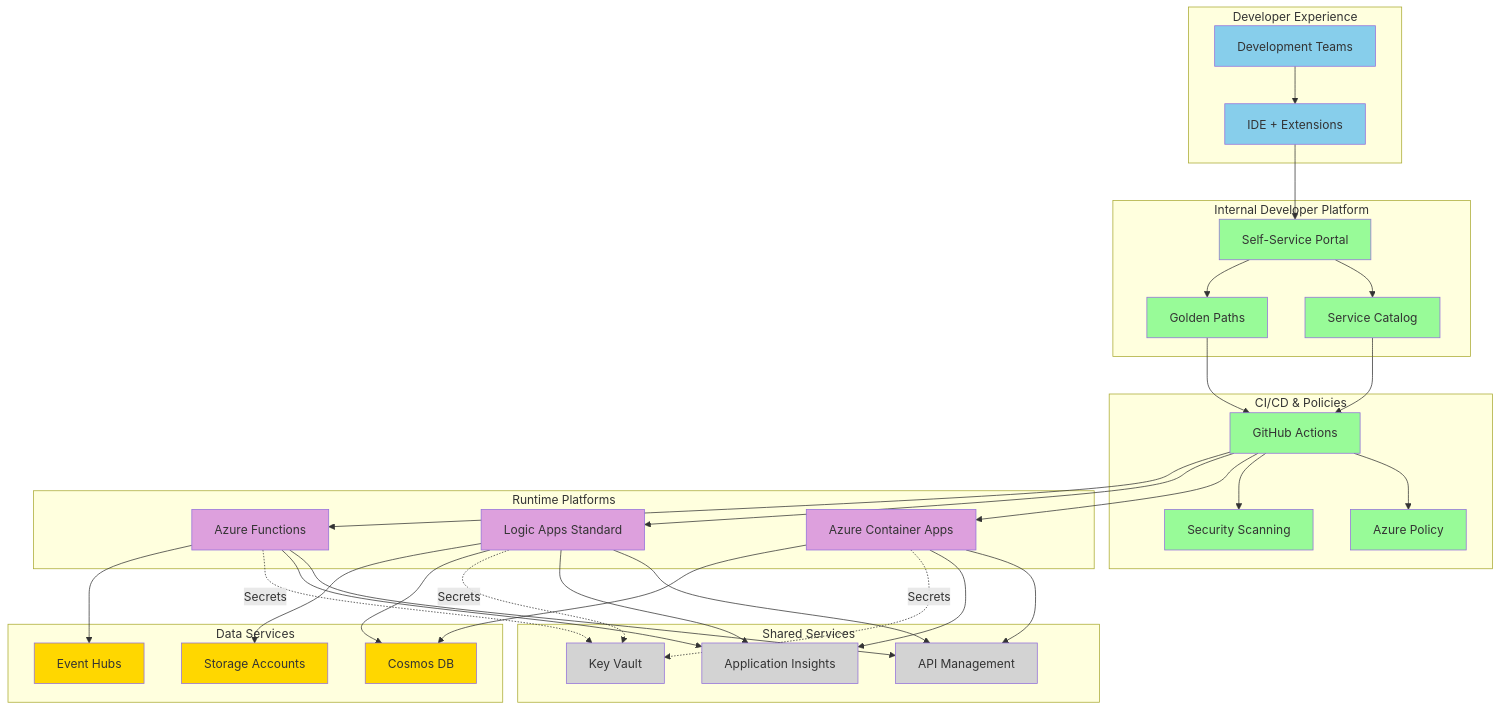
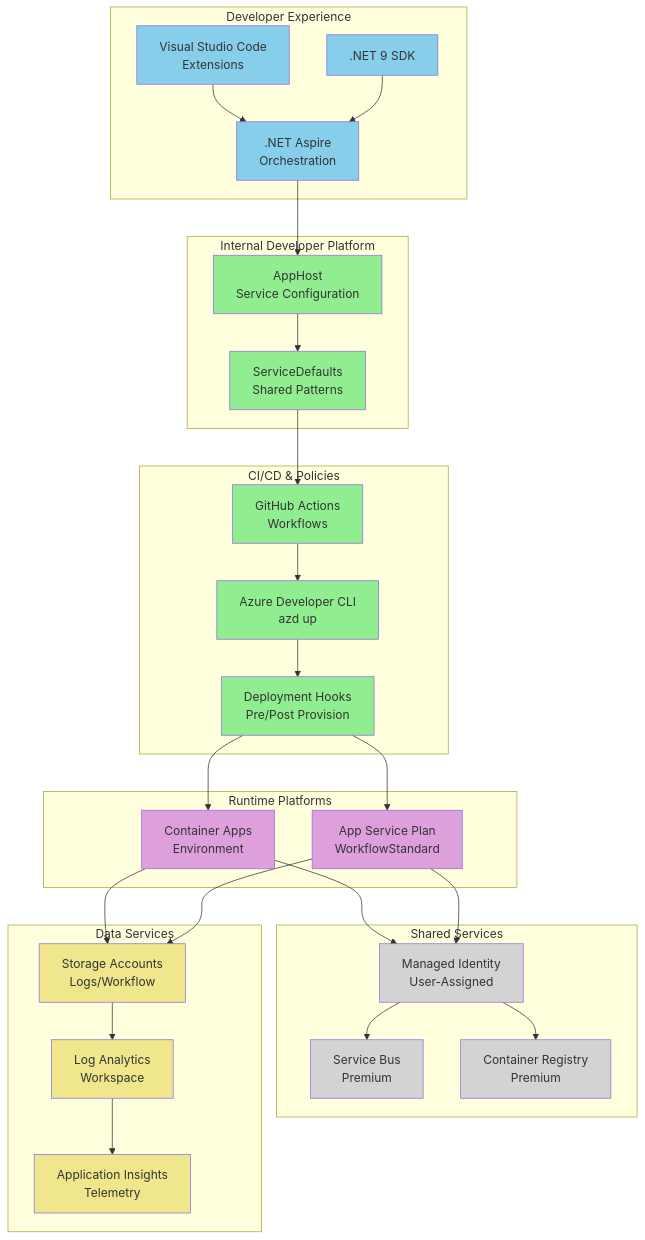
Before and after one commit to Evilazaro/Azure-LogicApps-Monitoring: diagram 12 of 12 in bdat.md, drawn with Mermaid. The commit also changed other lines of this file and 1 other file, not shown here.

Commit message:
Refactor code structure for improved readability and maintainability

````diff
--- a/bdat.md
+++ b/bdat.md
@@ -724,89 +703,76 @@
 ```mermaid
 flowchart TB
-    subgraph "Developer Experience"
-        DEV[Development Teams]
-        TOOLS[IDE + Extensions]
+    subgraph Developers["Developer Experience"]
+        VS[Visual Studio Code<br/>Extensions]
+        SDK[.NET 9 SDK]
+        ASPIRE[.NET Aspire<br/>Orchestration]
     end
     
-    subgraph "Internal Developer Platform"
-        IDP1[Service Catalog]
-        IDP2[Golden Paths]
-        IDP3[Self-Service Portal]
+    subgraph IDP["Internal Developer Platform"]
+        APPHOST[AppHost<br/>Service Configuration]
+        DEFAULTS[ServiceDefaults<br/>Shared Patterns]
     end
     
-    subgraph "CI/CD & Policies"
-        CI[GitHub Actions]
-        POL[Azure Policy]
-        SCAN[Security Scanning]
+    subgraph CICD["CI/CD & Policies"]
+        GHA[GitHub Actions<br/>Workflows]
+        AZD[Azure Developer CLI<br/>azd up]
+        HOOKS[Deployment Hooks<br/>Pre/Post Provision]
     end
     
-    subgraph "Runtime Platforms"
-        RT1[Azure Container Apps]
-        RT2[Logic Apps Standard]
-        RT3[Azure Functions]
+    subgraph Runtime["Runtime Platforms"]
+        CAE[Container Apps<br/>Environment]
+        ASP_PLAN[App Service Plan<br/>WorkflowStandard]
     end
     
-    subgraph "Shared Services"
-        SS1[API Management]
-        SS2[Application Insights]
-        SS3[Key Vault]
+    subgraph Shared["Shared Services"]
+        MI[Managed Identity<br/>User-Assigned]
+        SB[Service Bus<br/>Premium]
+        ACR[Container Registry<br/>Premium]
     end
     
-    subgraph "Data Services"
-        DS1[Cosmos DB]
-        DS2[Event Hubs]
-        DS3[Storage Accounts]
+    subgraph Data["Data Services"]
+        SA[Storage Accounts<br/>Logs/Workflow]
+        LAW[Log Analytics<br/>Workspace]
+        AI[Application Insights<br/>Telemetry]
     end
     
-    DEV --> TOOLS
-    TOOLS --> IDP3
+    VS --> ASPIRE
+    SDK --> ASPIRE
+    ASPIRE --> APPHOST
+    APPHOST --> DEFAULTS
     
-    IDP3 --> IDP1
-    IDP3 --> IDP2
+    DEFAULTS --> GHA
+    GHA --> AZD
+    AZD --> HOOKS
     
-    IDP1 --> CI
-    IDP2 --> CI
+    HOOKS --> CAE
+    HOOKS --> ASP_PLAN
     
-    CI --> POL
-    CI --> SCAN
+    CAE --> MI
+    ASP_PLAN --> MI
     
-    CI --> RT1
-    CI --> RT2
-    CI --> RT3
+    MI --> SB
+    MI --> ACR
     
-    RT1 --> SS1
-    RT2 --> SS1
-    RT3 --> SS1
+    CAE --> SA
+    ASP_PLAN --> SA
+    SA --> LAW
+    LAW --> AI
     
-    RT1 --> SS2
-    RT2 --> SS2
-    RT3 --> SS2
-    
-    RT1 -.->|Secrets| SS3
-    RT2 -.->|Secrets| SS3
-    RT3 -.->|Secrets| SS3
-    
-    RT1 --> DS1
-    RT2 --> DS1
-    RT3 --> DS2
-    
-    RT2 --> DS3
-    
-    style DEV fill:#87CEEB
-    style TOOLS fill:#87CEEB
-    style IDP1 fill:#98FB98
-    style IDP2 fill:#98FB98
-    style IDP3 fill:#98FB98
-    style CI fill:#98FB98
-    style POL fill:#98FB98
-    style SCAN fill:#98FB98
-    style RT1 fill:#DDA0DD
-    style RT2 fill:#DDA0DD
-    style RT3 fill:#DDA0DD
-    style SS1 fill:#D3D3D3
-    style SS2 fill:#D3D3D3
-    style SS3 fill:#D3D3D3
-    style DS1 fill:#FFD700
-    style DS2 fill:#FFD700
-    style DS3 fill:#FFD700
+    style VS fill:#87CEEB
+    style SDK fill:#87CEEB
+    style ASPIRE fill:#87CEEB
+    style APPHOST fill:#90EE90
+    style DEFAULTS fill:#90EE90
+    style GHA fill:#90EE90
+    style AZD fill:#90EE90
+    style HOOKS fill:#90EE90
+    style CAE fill:#DDA0DD
+    style ASP_PLAN fill:#DDA0DD
+    style MI fill:#D3D3D3
+    style SB fill:#D3D3D3
+    style ACR fill:#D3D3D3
+    style SA fill:#F0E68C
+    style LAW fill:#F0E68C
+    style AI fill:#F0E68C
 ```
````
